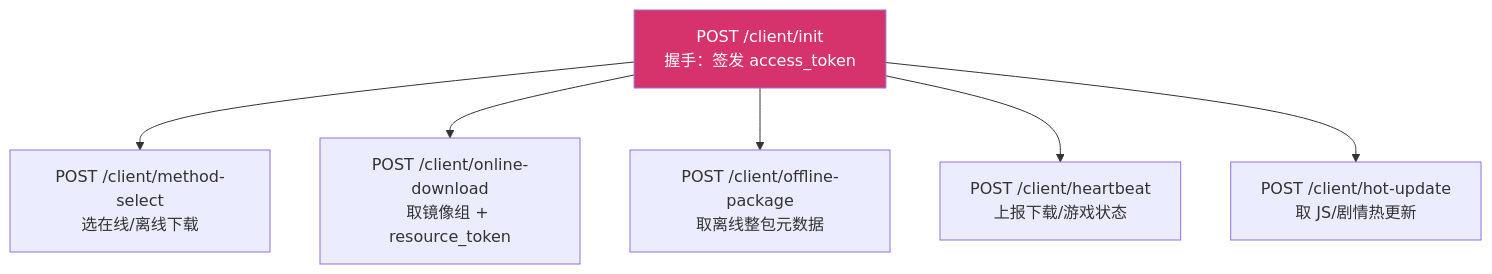
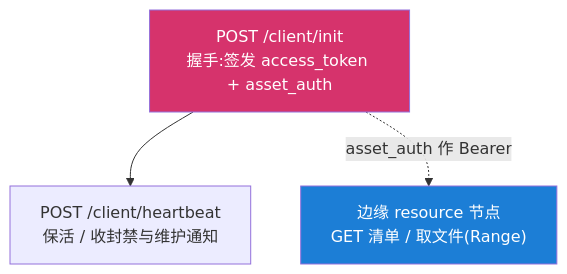
The first of 2 diagrams in protocol/client-server.md (MagirecoCN-Revival-Project/magireco-cnv-docs), drawn with Mermaid before and after one commit. The commit also changed other lines of this file and 25 other files, not shown here.

````diff
--- a/protocol/client-server.md
+++ b/protocol/client-server.md
@@ -35,11 +57,9 @@
 ```mermaid
 flowchart TB
-    INIT["POST /client/init<br/>握手：签发 access_token"]
-    INIT --> MS["POST /client/method-select<br/>选在线/离线下载"]
-    INIT --> OD["POST /client/online-download<br/>取镜像组 + resource_token"]
-    INIT --> OP["POST /client/offline-package<br/>取离线整包元数据"]
-    INIT --> HB["POST /client/heartbeat<br/>上报下载/游戏状态"]
-    INIT --> HU["POST /client/hot-update<br/>取 JS/剧情热更新"]
+    INIT["POST /client/init<br/>握手:签发 access_token + asset_auth"]
+    INIT --> HB["POST /client/heartbeat<br/>保活 / 收封禁与维护通知"]
+    INIT -.asset_auth 作 Bearer.-> EDGE["边缘 resource 节点<br/>GET 清单 / 取文件(Range)"]
 
     style INIT fill:#d6336c,color:#fff
+    style EDGE fill:#1c7ed6,color:#fff
 ```
````
